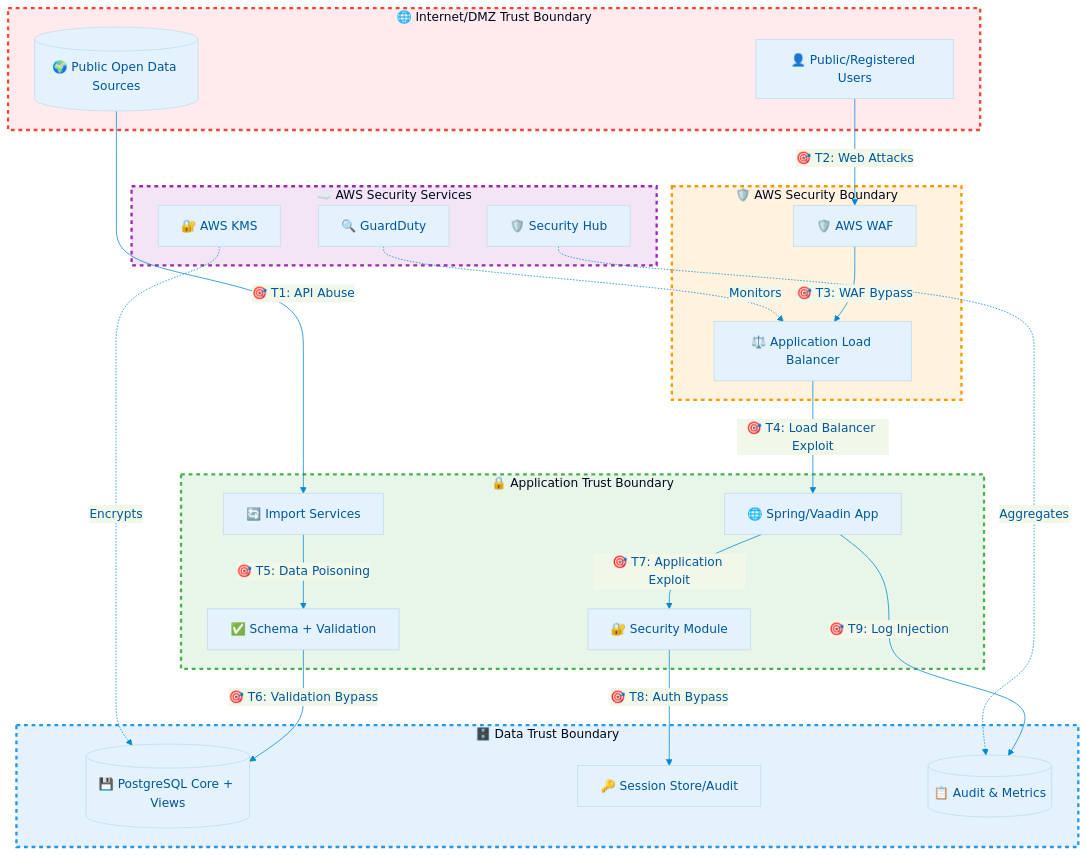
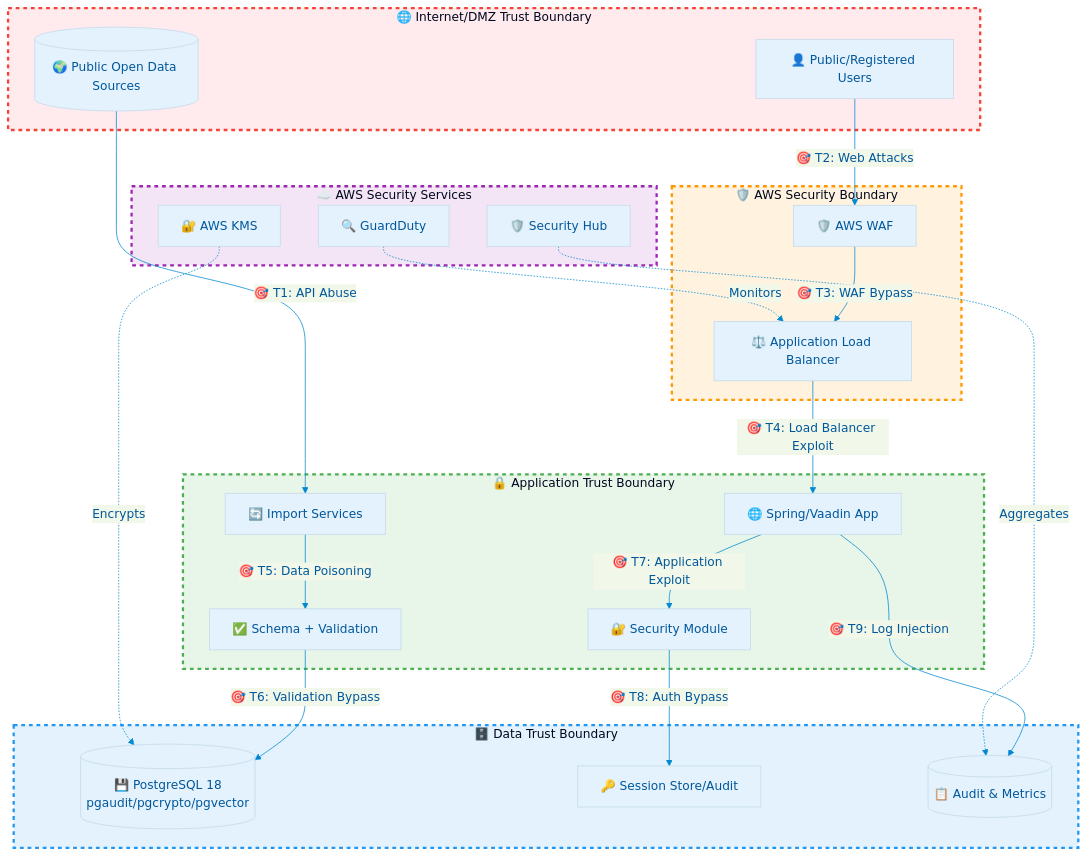
The second of 8 diagrams in THREAT_MODEL.md (Hack23/cia), drawn with Mermaid before and after one commit. The commit also changed other lines of this file and 12 other files, not shown here.

First line of the commit message:
docs: refresh 13 ISMS-required architecture, lifecycle and security documents to current state (#8578)

````diff
--- a/THREAT_MODEL.md
+++ b/THREAT_MODEL.md
@@ -168,63 +168,63 @@
 ```mermaid
 %%{
   init: {
     "theme": "base",
     "themeVariables": {
       "primaryColor": "#e3f2fd",
       "primaryTextColor": "#01579b",
       "lineColor": "#0288d1",
       "secondaryColor": "#f1f8e9",
       "tertiaryColor": "#fff8e1"
     }
   }
 }%%
 flowchart TB
     subgraph TRUST_BOUNDARY_1["🌐 Internet/DMZ Trust Boundary"]
         EXT[(🌍 Public Open Data Sources)]
         USER[👤 Public/Registered Users]
     end
     
     subgraph TRUST_BOUNDARY_2["🛡️ AWS Security Boundary"]
         WAF[🛡️ AWS WAF]
         ALB[⚖️ Application Load Balancer]
     end
     
     subgraph TRUST_BOUNDARY_3["🔒 Application Trust Boundary"]
         IMPORT[🔄 Import Services]
         VALID[✅ Schema + Validation]
         APP[🌐 Spring/Vaadin App]
         AUTH[🔐 Security Module]
     end
     
     subgraph TRUST_BOUNDARY_4["🗄️ Data Trust Boundary"]
-        DB[(💾 PostgreSQL Core + Views)]
+        DB[(💾 PostgreSQL 18<br/>pgaudit/pgcrypto/pgvector)]
         SESS[🔑 Session Store/Audit]
         LOGS[(📋 Audit & Metrics)]
     end
     
     subgraph TRUST_BOUNDARY_5["☁️ AWS Security Services"]
         GUARDDUTY[🔍 GuardDuty]
         SECURITYHUB[🛡️ Security Hub]
         KMS[🔐 AWS KMS]
     end
     
     EXT -->|🎯 T1: API Abuse| IMPORT
     USER -->|🎯 T2: Web Attacks| WAF
     WAF -->|🎯 T3: WAF Bypass| ALB
     ALB -->|🎯 T4: Load Balancer Exploit| APP
     IMPORT -->|🎯 T5: Data Poisoning| VALID
     VALID -->|🎯 T6: Validation Bypass| DB
     APP -->|🎯 T7: Application Exploit| AUTH
     AUTH -->|🎯 T8: Auth Bypass| SESS
     APP -->|🎯 T9: Log Injection| LOGS
     
     GUARDDUTY -.->|Monitors| ALB
     SECURITYHUB -.->|Aggregates| LOGS
     KMS -.->|Encrypts| DB
     
     style TRUST_BOUNDARY_1 fill:#ffebee,stroke:#f44336,stroke-width:3px,stroke-dasharray: 5 5
     style TRUST_BOUNDARY_2 fill:#fff3e0,stroke:#ff9800,stroke-width:3px,stroke-dasharray: 5 5
     style TRUST_BOUNDARY_3 fill:#e8f5e9,stroke:#4caf50,stroke-width:3px,stroke-dasharray: 5 5
     style TRUST_BOUNDARY_4 fill:#e3f2fd,stroke:#2196f3,stroke-width:3px,stroke-dasharray: 5 5
     style TRUST_BOUNDARY_5 fill:#f3e5f5,stroke:#9c27b0,stroke-width:3px,stroke-dasharray: 5 5
 ```
````
